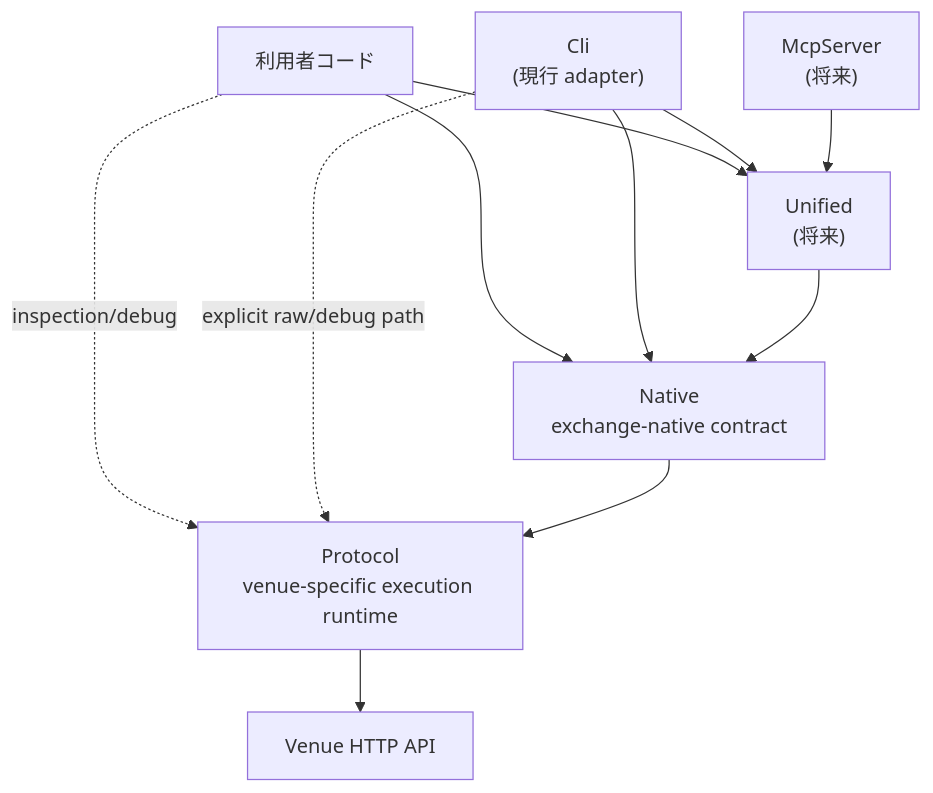
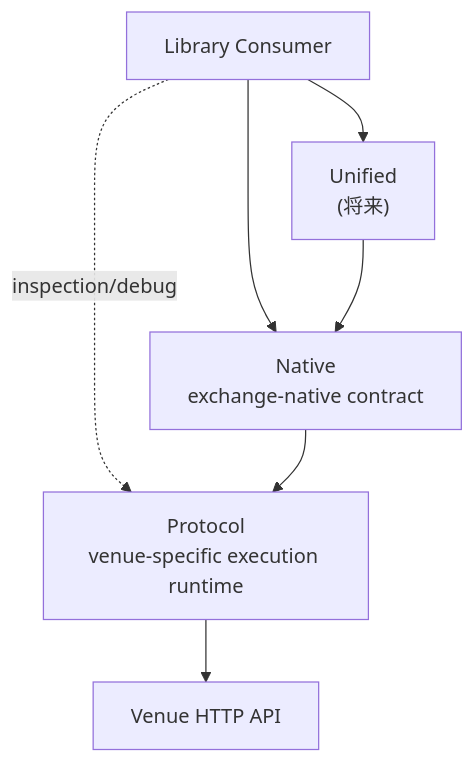
One commit to tkoba0410/ExchangeAPI changed the first of 3 diagrams in docs/stage10.md. Above: the diagram before and after it, drawn with Mermaid. The commit also changed other lines of this file and 2 other files, not shown here.

Commit message:
docs: split cli and mcp adapter docs

````diff
--- a/docs/stage10.md
+++ b/docs/stage10.md
@@ -55,23 +62,15 @@
 ```mermaid
 flowchart TB
-    App["利用者コード"]
-    Cli["Cli<br/>(現行 adapter)"]
-    Mcp["McpServer<br/>(将来)"]
+    App["Library Consumer"]
     Uni["Unified<br/>(将来)"]
     Native["Native<br/>exchange-native contract"]
     Protocol["Protocol<br/>venue-specific execution runtime"]
     Api["Venue HTTP API"]
 
     App --> Native
     App --> Uni
     App -. inspection/debug .-> Protocol
-
-    Cli --> Native
-    Cli --> Uni
-    Cli -. explicit raw/debug path .-> Protocol
-
-    Mcp --> Uni
     Uni --> Native
     Native --> Protocol
     Protocol --> Api
 ```
````
